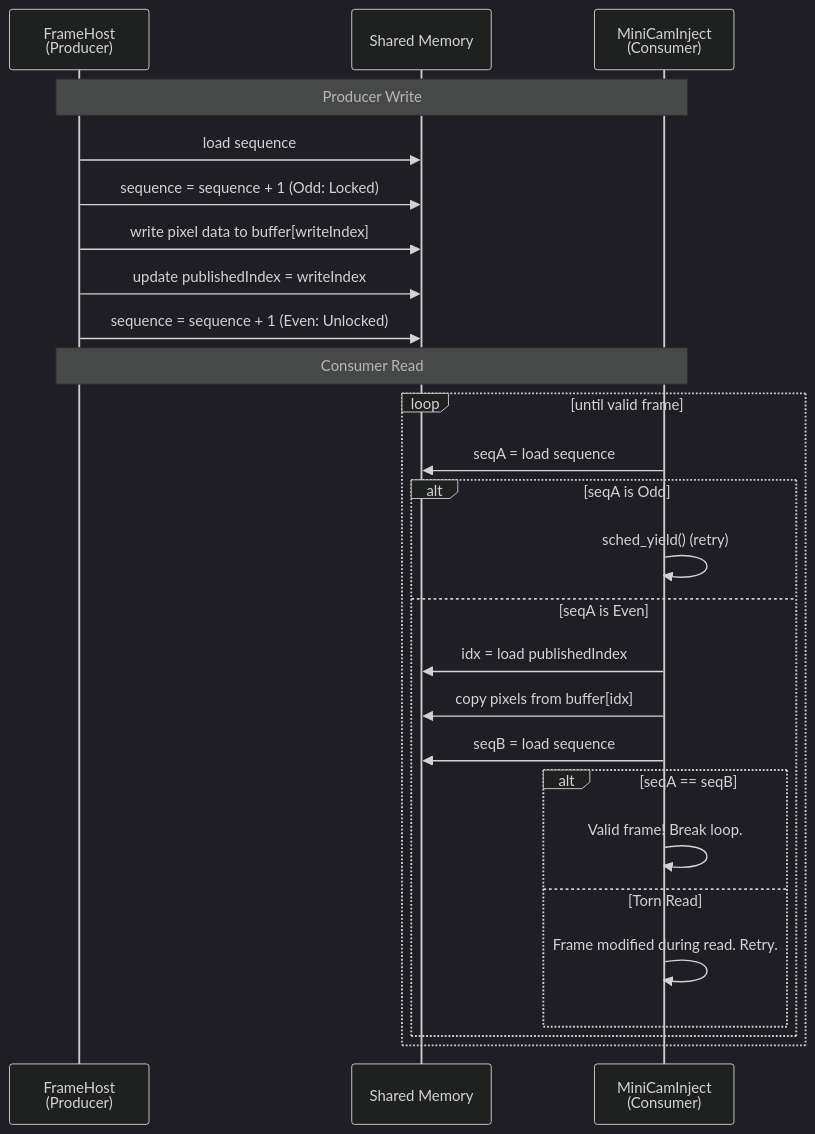
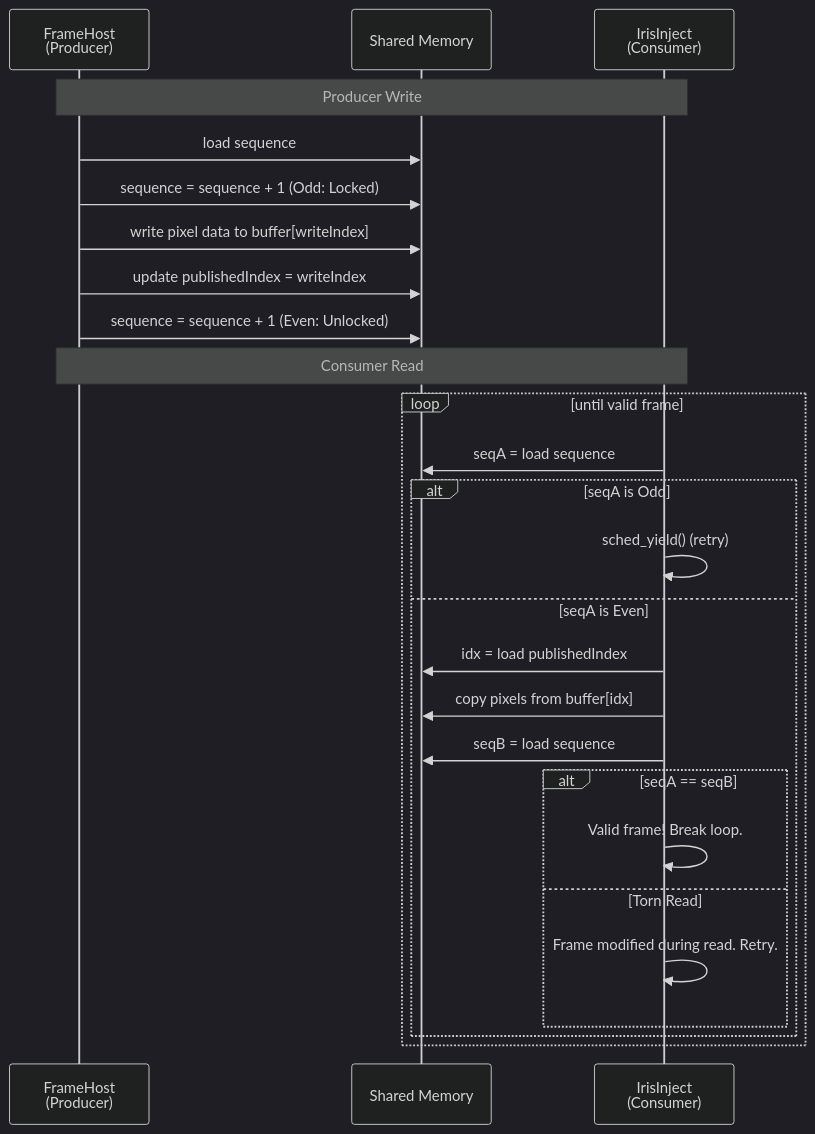
Before and after one commit to annurdien/sim-cli: the second of 6 diagrams in docs/SIM_CAM_ARCHITECTURE.md, drawn with Mermaid (dark theme). The commit also changed other lines of this file and 55 other files, not shown here.

````diff
--- a/docs/SIM_CAM_ARCHITECTURE.md
+++ b/docs/SIM_CAM_ARCHITECTURE.md
@@ -89,32 +89,32 @@
 ```mermaid
 sequenceDiagram
     participant P as FrameHost<br>(Producer)
     participant SHM as Shared Memory
-    participant C as MiniCamInject<br>(Consumer)
+    participant C as IrisInject<br>(Consumer)
 
     %% Producer Write
     Note over P, C: Producer Write
     P->>SHM: load sequence
     P->>SHM: sequence = sequence + 1 (Odd: Locked)
     P->>SHM: write pixel data to buffer[writeIndex]
     P->>SHM: update publishedIndex = writeIndex
     P->>SHM: sequence = sequence + 1 (Even: Unlocked)
 
     %% Consumer Read
     Note over P, C: Consumer Read
     loop until valid frame
         C->>SHM: seqA = load sequence
         alt seqA is Odd
             C->>C: sched_yield() (retry)
         else seqA is Even
             C->>SHM: idx = load publishedIndex
             C->>SHM: copy pixels from buffer[idx]
             C->>SHM: seqB = load sequence
             alt seqA == seqB
                 C->>C: Valid frame! Break loop.
             else Torn Read
                 C->>C: Frame modified during read. Retry.
             end
         end
     end
 ```
````
